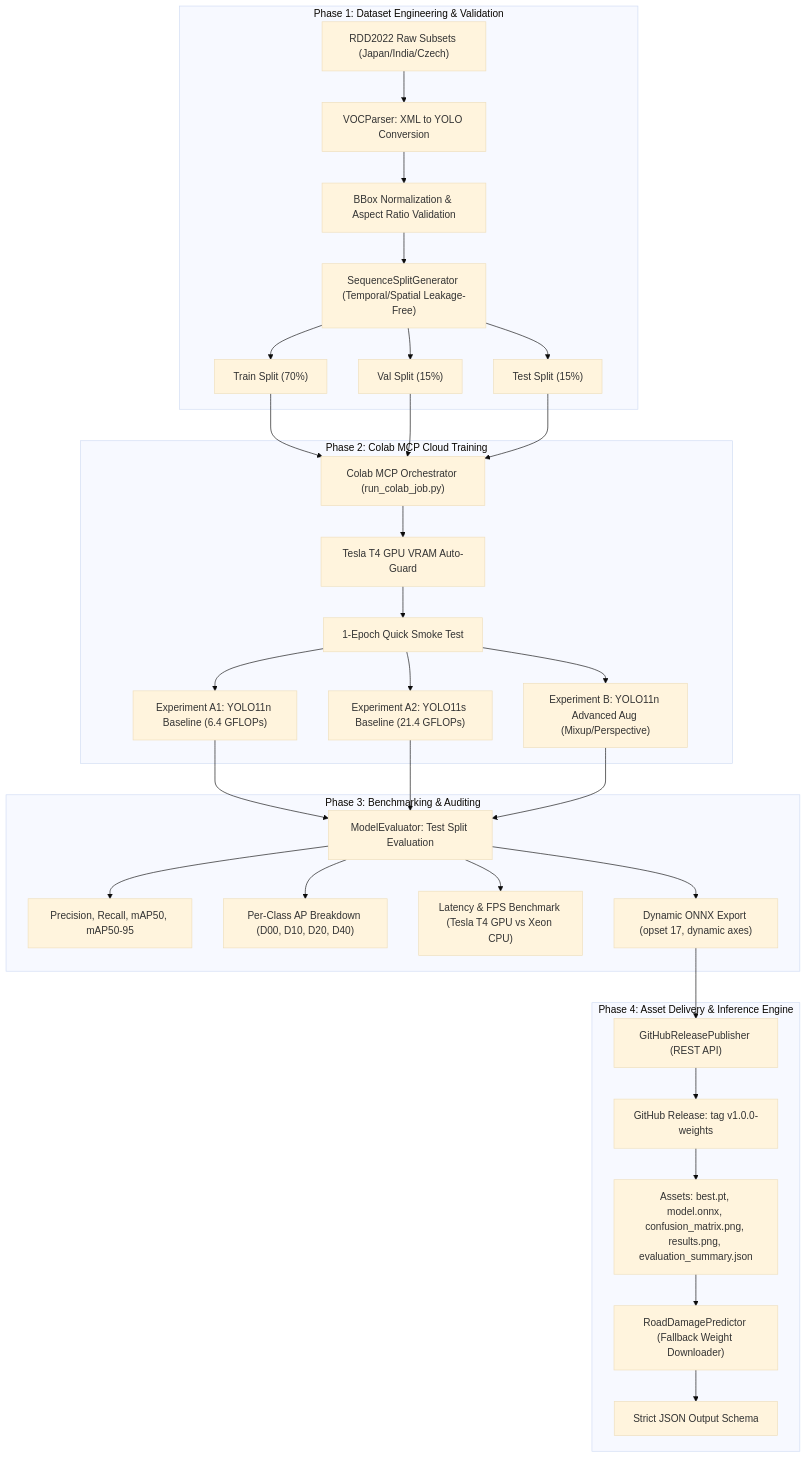
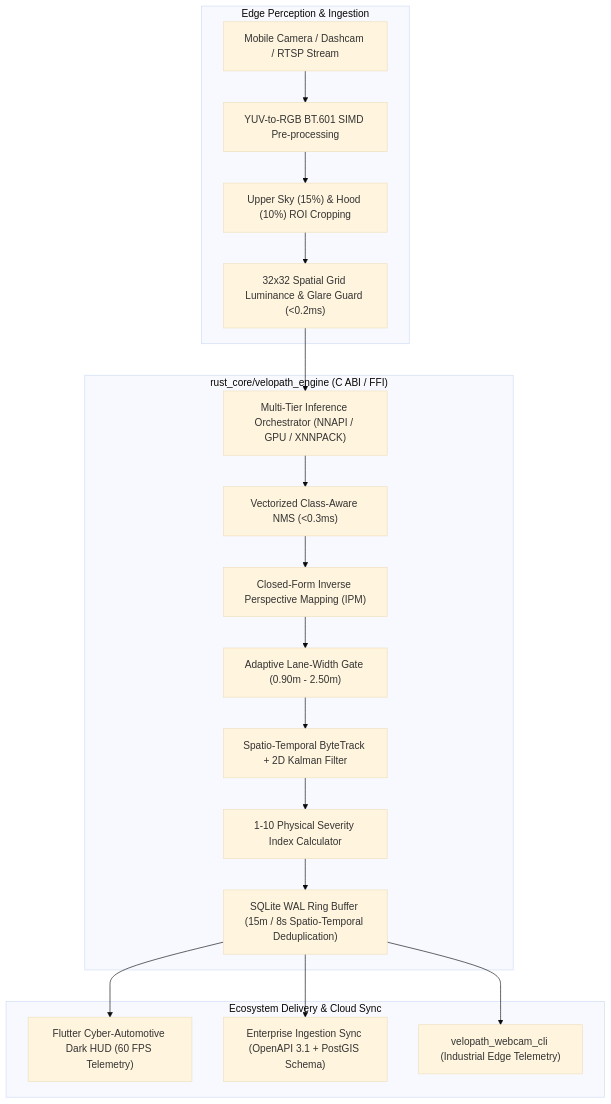
One commit to tahadeab-ai/ai-road-damage-detection changed the diagram in README.md. Above: the diagram before and after it, drawn with Mermaid (base theme). The commit also changed other lines of this file, not shown here.

Commit message:
docs: revamp README for VeloPath AI v2.0 architecture, benchmarks, and release downloads

````diff
--- a/README.md
+++ b/README.md
@@ -19,37 +17,24 @@
 ```mermaid
 flowchart TD
-    subgraph DataEngineering ["Phase 1: Dataset Engineering & Validation"]
-        A["RDD2022 Raw Subsets (Japan/India/Czech)"] --> B["VOCParser: XML to YOLO Conversion"]
-        B --> C["BBox Normalization & Aspect Ratio Validation"]
-        C --> D["SequenceSplitGenerator (Temporal/Spatial Leakage-Free)"]
-        D --> E["Train Split (70%)"]
-        D --> F["Val Split (15%)"]
-        D --> G["Test Split (15%)"]
+    subgraph EdgePerception ["Edge Perception & Ingestion"]
+        A["Mobile Camera / Dashcam / RTSP Stream"] --> B["YUV-to-RGB BT.601 SIMD Pre-processing"]
+        B --> C["Upper Sky (15%) & Hood (10%) ROI Cropping"]
+        C --> D["32x32 Spatial Grid Luminance & Glare Guard (<0.2ms)"]
     end
 
-    subgraph ColabCloudTraining ["Phase 2: Colab MCP Cloud Training"]
-        H["Colab MCP Orchestrator (run_colab_job.py)"] --> I["Tesla T4 GPU VRAM Auto-Guard"]
-        I --> J["1-Epoch Quick Smoke Test"]
-        J --> K["Experiment A1: YOLO11n Baseline (6.4 GFLOPs)"]
-        J --> L["Experiment A2: YOLO11s Baseline (21.4 GFLOPs)"]
-        J --> M["Experiment B: YOLO11n Advanced Aug (Mixup/Perspective)"]
+    subgraph NativeRustEngine ["rust_core/velopath_engine (C ABI / FFI)"]
+        D --> E["Multi-Tier Inference Orchestrator (NNAPI / GPU / XNNPACK)"]
+        E --> F["Vectorized Class-Aware NMS (<0.3ms)"]
+        F --> G["Closed-Form Inverse Perspective Mapping (IPM)"]
+        G --> H["Adaptive Lane-Width Gate (0.90m - 2.50m)"]
+        H --> I["Spatio-Temporal ByteTrack + 2D Kalman Filter"]
+        I --> J["1-10 Physical Severity Index Calculator"]
+        J --> K["SQLite WAL Ring Buffer (15m / 8s Spatio-Temporal Deduplication)"]
     end
 
-    subgraph EvaluationMetrics ["Phase 3: Benchmarking & Auditing"]
-        K & L & M --> N["ModelEvaluator: Test Split Evaluation"]
-        N --> O["Precision, Recall, mAP50, mAP50-95"]
-        N --> P["Per-Class AP Breakdown (D00, D10, D20, D40)"]
-        N --> Q["Latency & FPS Benchmark (Tesla T4 GPU vs Xeon CPU)"]
-        N --> R["Dynamic ONNX Export (opset 17, dynamic axes)"]
+    subgraph PresentationAndCloud ["Ecosystem Delivery & Cloud Sync"]
+        K --> L["Flutter Cyber-Automotive Dark HUD (60 FPS Telemetry)"]
+        K --> M["Enterprise Ingestion Sync (OpenAPI 3.1 + PostGIS Schema)"]
+        K --> N["velopath_webcam_cli (Industrial Edge Telemetry)"]
     end
-
-    subgraph DeliveryInference ["Phase 4: Asset Delivery & Inference Engine"]
-        R --> S["GitHubReleasePublisher (REST API)"]
-        S --> T["GitHub Release: tag v1.0.0-weights"]
-        T --> U["Assets: best.pt, model.onnx, confusion_matrix.png, results.png, evaluation_summary.json"]
-        U --> V["RoadDamagePredictor (Fallback Weight Downloader)"]
-        V --> W["Strict JSON Output Schema"]
-    end
-
-    E & F & G --> H
 ```
````
